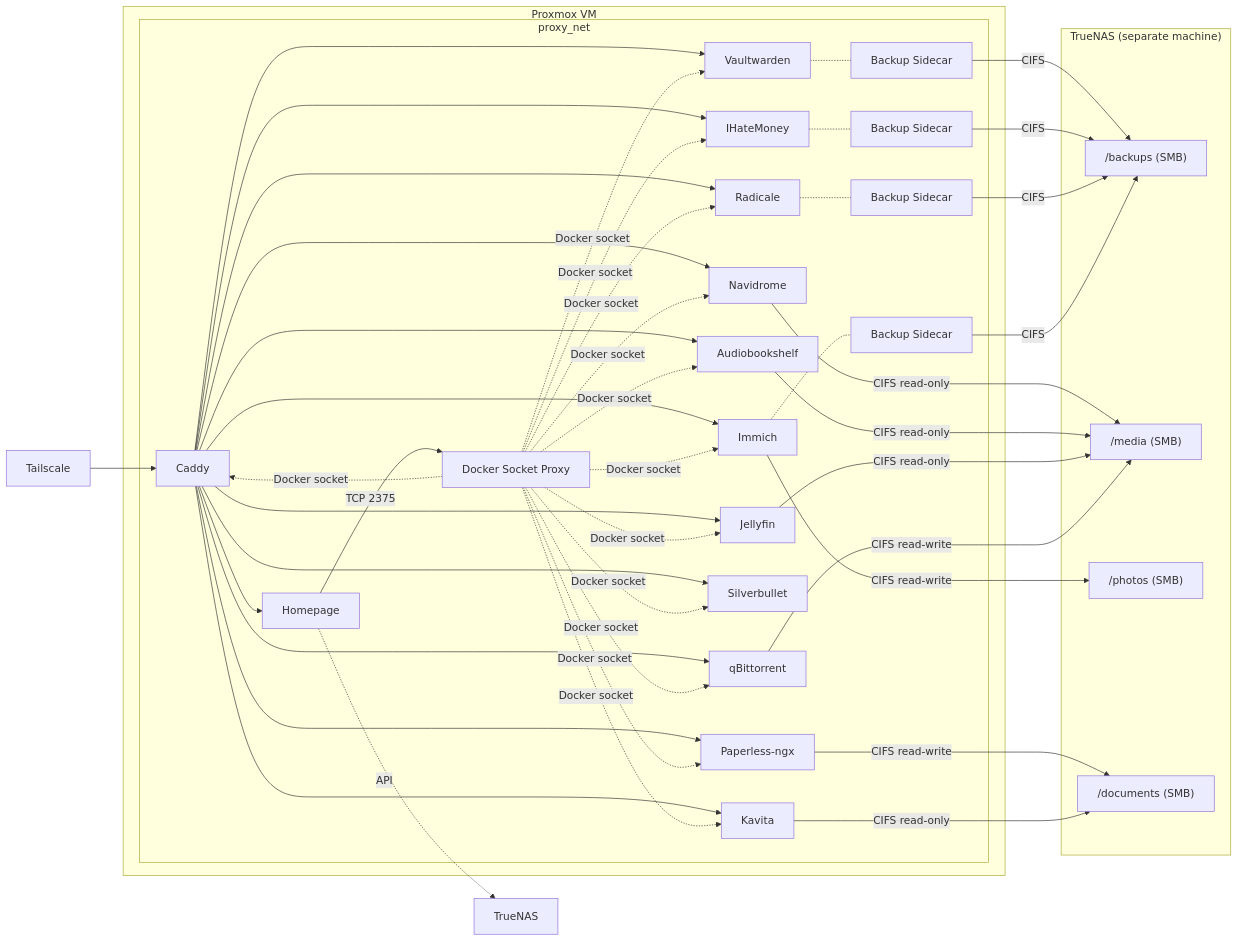
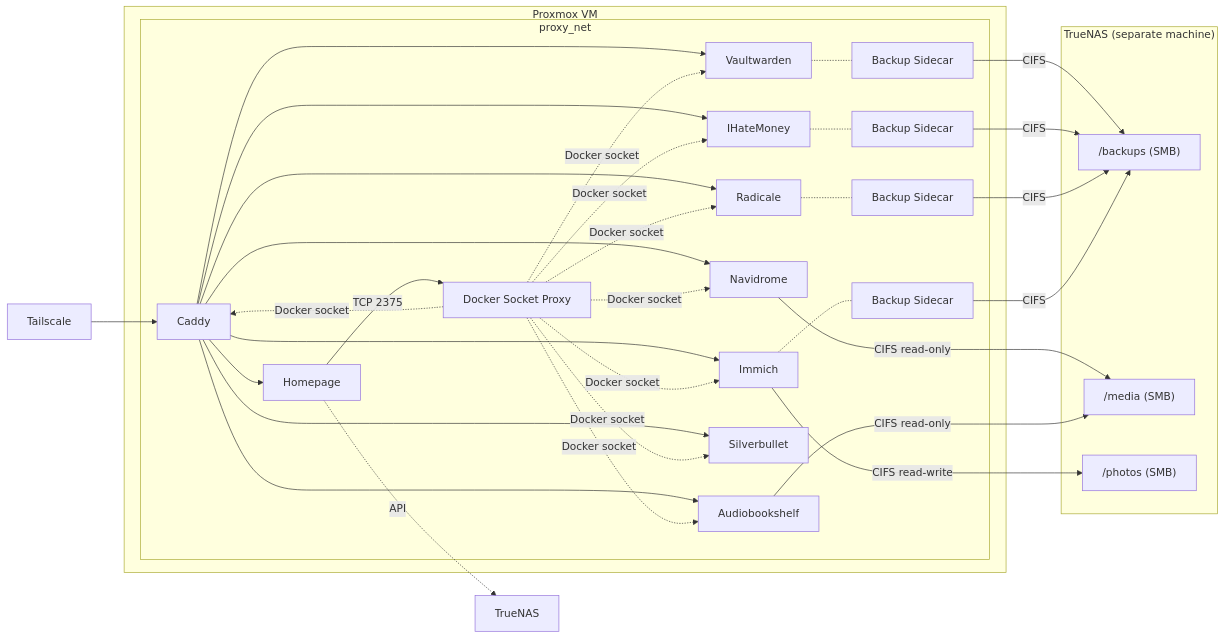
Before and after one commit to masolnada/homelab: the first of 2 diagrams in README.md, drawn with Mermaid. The commit also changed other lines of this file and 8 other files, not shown here.

First line of the commit message:
feat: remove kavita, paperless-ngx, qbittorrent, and jellyfin

````diff
--- a/README.md
+++ b/README.md
@@ -7,60 +7,47 @@
 ```mermaid
 graph LR
     TS[Tailscale] --> Caddy
 
     subgraph VM["Proxmox VM"]
         subgraph proxy_net
             Caddy --> Homepage
             Caddy --> Vaultwarden
             Caddy --> Navidrome
             Caddy --> Audiobookshelf
             Caddy --> IHateMoney
-            Caddy --> Jellyfin
-            Caddy --> qBittorrent
             Caddy --> Radicale
             Caddy --> Silverbullet
             Caddy --> Immich[Immich]
-            Caddy --> Paperless[Paperless-ngx]
-            Caddy --> Kavita
             Homepage -->|TCP 2375| DockerProxy[Docker Socket Proxy]
             DockerProxy -.->|Docker socket| Caddy
             DockerProxy -.->|Docker socket| Vaultwarden
             DockerProxy -.->|Docker socket| Navidrome
             DockerProxy -.->|Docker socket| Audiobookshelf
             DockerProxy -.->|Docker socket| IHateMoney
-            DockerProxy -.->|Docker socket| Jellyfin
-            DockerProxy -.->|Docker socket| qBittorrent
             DockerProxy -.->|Docker socket| Radicale
             DockerProxy -.->|Docker socket| Silverbullet
             DockerProxy -.->|Docker socket| Immich
-            DockerProxy -.->|Docker socket| Paperless
-            DockerProxy -.->|Docker socket| Kavita
             Vaultwarden -.- Backup[Backup Sidecar]
             IHateMoney -.- IHMBackup[Backup Sidecar]
             Radicale -.- RadBackup[Backup Sidecar]
             Immich -.- ImmichBackup[Backup Sidecar]
         end
     end
 
     subgraph NAS["TrueNAS (separate machine)"]
         backups["/backups (SMB)"]
         media["/media (SMB)"]
         photos["/photos (SMB)"]
-        documents["/documents (SMB)"]
     end
 
     Homepage -.->|API| TrueNAS
 
     Backup -->|CIFS| backups
     IHMBackup -->|CIFS| backups
     RadBackup -->|CIFS| backups
     ImmichBackup -->|CIFS| backups
 
     Navidrome -->|CIFS read-only| media
     Audiobookshelf -->|CIFS read-only| media
-    Jellyfin -->|CIFS read-only| media
-    qBittorrent -->|CIFS read-write| media
     Immich -->|CIFS read-write| photos
-    Paperless -->|CIFS read-write| documents
-    Kavita -->|CIFS read-only| documents
 ```
````
